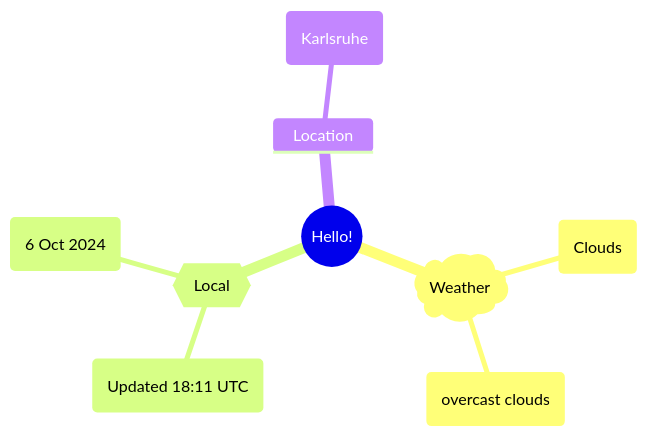
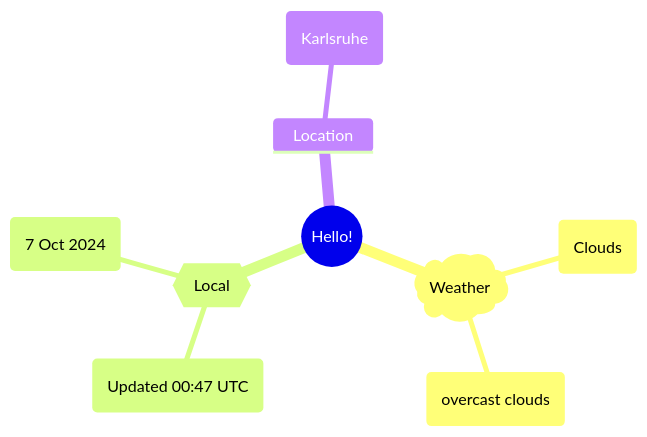
Before and after one commit to Xosrov/Xosrov: the first of 2 diagrams in README.md, drawn with Mermaid.

Commit message:
[bot] updated images

````diff
--- a/README.md
+++ b/README.md
@@ -3,12 +3,12 @@
 ```mermaid
 mindmap
   root((Hello!))
     )Weather(
         (Clouds)
         (overcast clouds)
     {{Local}}
-        (Updated 18:11 UTC)
-        (6 Oct 2024)
+        (Updated 00:47 UTC)
+        (7 Oct 2024)
     Location
         (Karlsruhe)
 ```
````
